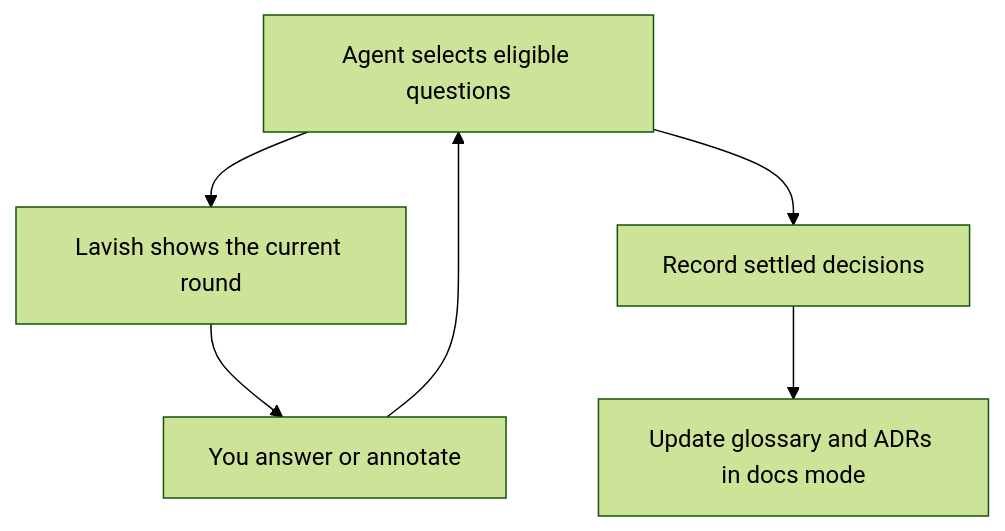
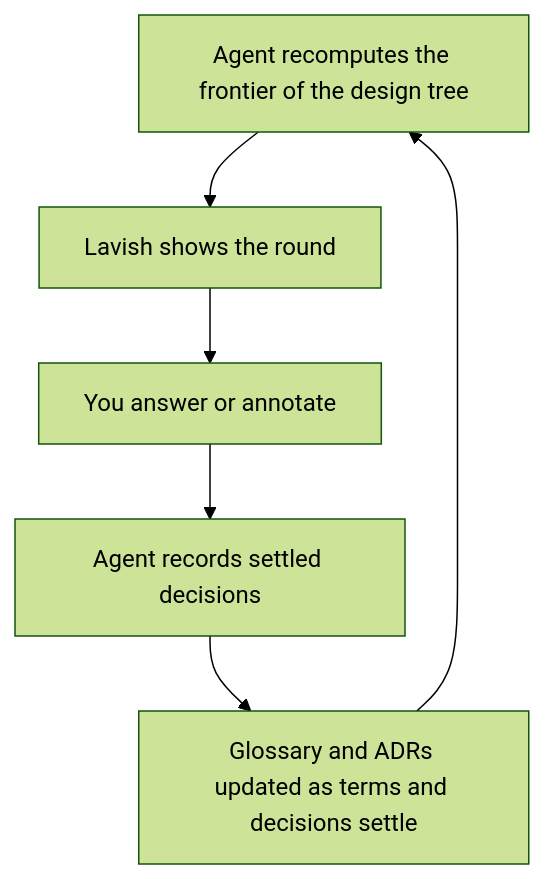
One commit to yck2024/grill-lavish changed the diagram in README.md. Above: the diagram before and after it, drawn with Mermaid (forest theme). The commit also changed other lines of this file and 23 other files, not shown here.

````diff
--- a/README.md
+++ b/README.md
@@ -13,8 +13,8 @@
 ```mermaid
 flowchart TD
-  A[Agent selects eligible questions] --> B[Lavish shows the current round]
+  A[Agent recomputes the frontier of the design tree] --> B[Lavish shows the round]
   B --> C[You answer or annotate]
-  C --> A
-  A --> D[Record settled decisions]
-  D --> E[Update glossary and ADRs in docs mode]
+  C --> D[Agent records settled decisions]
+  D --> E[Glossary and ADRs updated as terms and decisions settle]
+  E --> A
 ```
````
